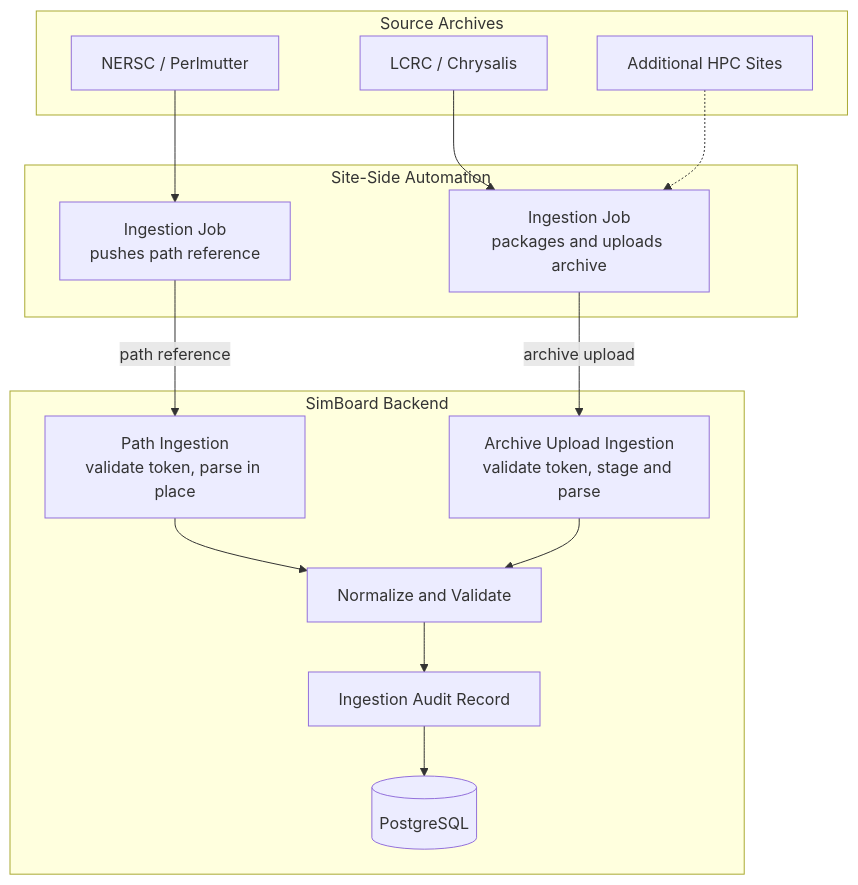
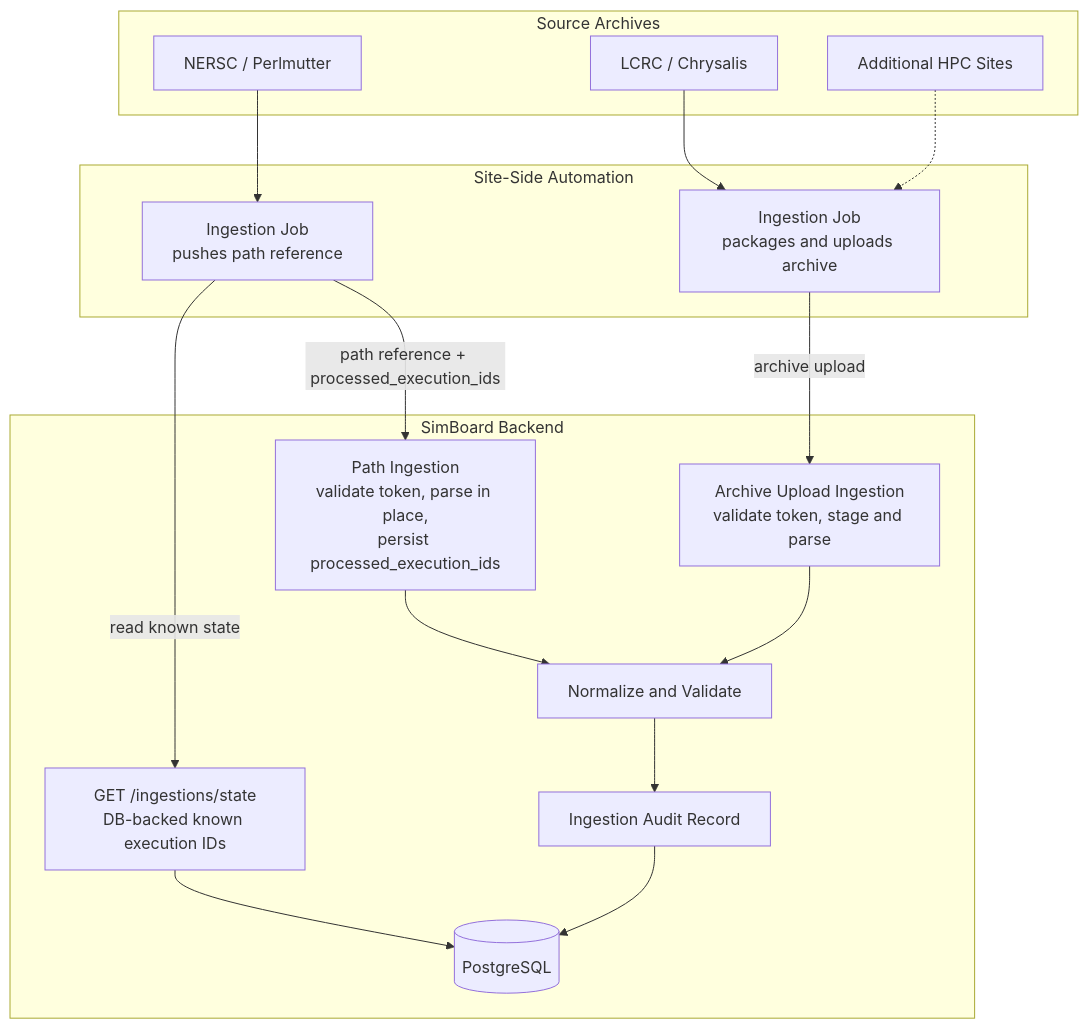
Before and after one commit to E3SM-Project/simboard: the second of 2 diagrams in docs/developer/README.md, drawn with Mermaid. The commit also changed other lines of this file and 11 other files, not shown here.

Commit message:
Add database-backed ingestion state management for path ingestion (#204)

````diff
--- a/docs/developer/README.md
+++ b/docs/developer/README.md
@@ -208,30 +210,34 @@
 ```mermaid
 flowchart TD
   subgraph SOURCES["Source Archives"]
     NERSC_SRC["NERSC / Perlmutter"]
     LCRC_SRC["LCRC / Chrysalis"]
     ADDL_SRC["Additional HPC Sites"]
   end
 
   subgraph AUTOMATION["Site-Side Automation"]
     NERSC_WRAP["Ingestion Job\npushes path reference"]
     UPLOAD_WRAP["Ingestion Job\npackages and uploads archive"]
   end
 
   subgraph BACKEND["SimBoard Backend"]
-    PATH["Path Ingestion\nvalidate token, parse in place"]
+    STATE["GET /ingestions/state\nDB-backed known execution IDs"]
+    PATH["Path Ingestion\nvalidate token, parse in place,\npersist processed_execution_ids"]
     UPLOAD["Archive Upload Ingestion\nvalidate token, stage and parse"]
     NORMALIZE["Normalize and Validate"]
     AUDIT["Ingestion Audit Record"]
     DB[("PostgreSQL")]
   end
 
-  NERSC_SRC --> NERSC_WRAP -->|"path reference"| PATH
+  NERSC_SRC --> NERSC_WRAP
+  NERSC_WRAP -->|"read known state"| STATE
+  NERSC_WRAP -->|"path reference + processed_execution_ids"| PATH
   LCRC_SRC --> UPLOAD_WRAP
   ADDL_SRC -.-> UPLOAD_WRAP
   UPLOAD_WRAP -->|"archive upload"| UPLOAD
 
+  STATE --> DB
   PATH --> NORMALIZE
   UPLOAD --> NORMALIZE
   NORMALIZE --> AUDIT --> DB
 ```
````
